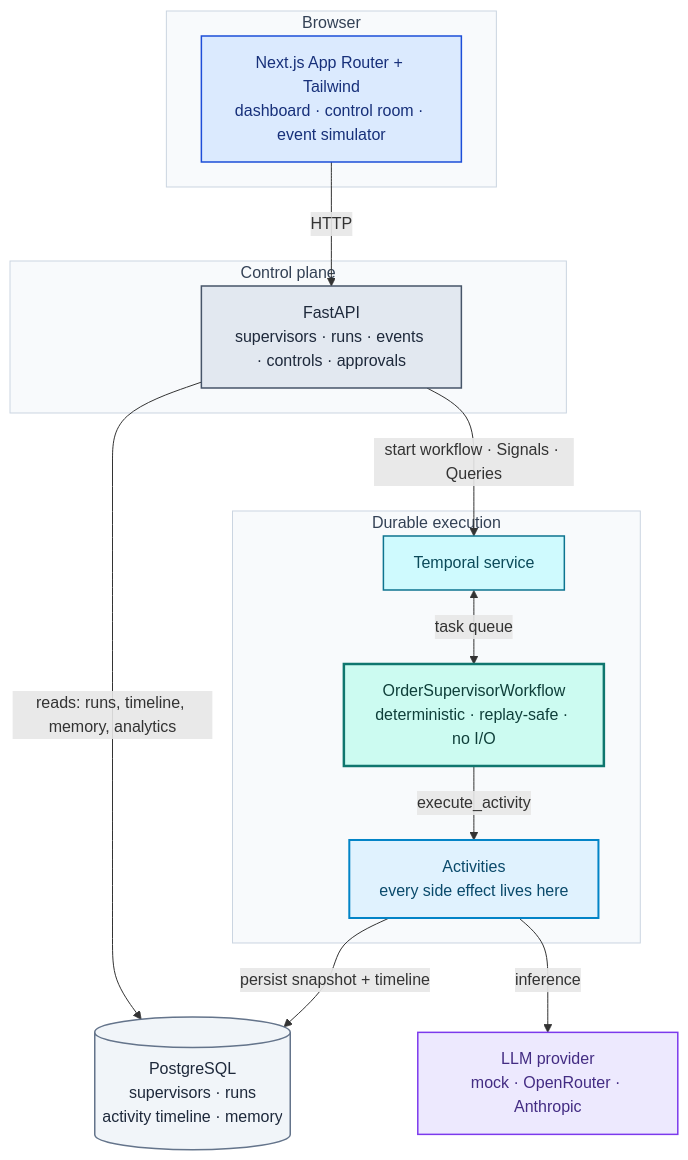
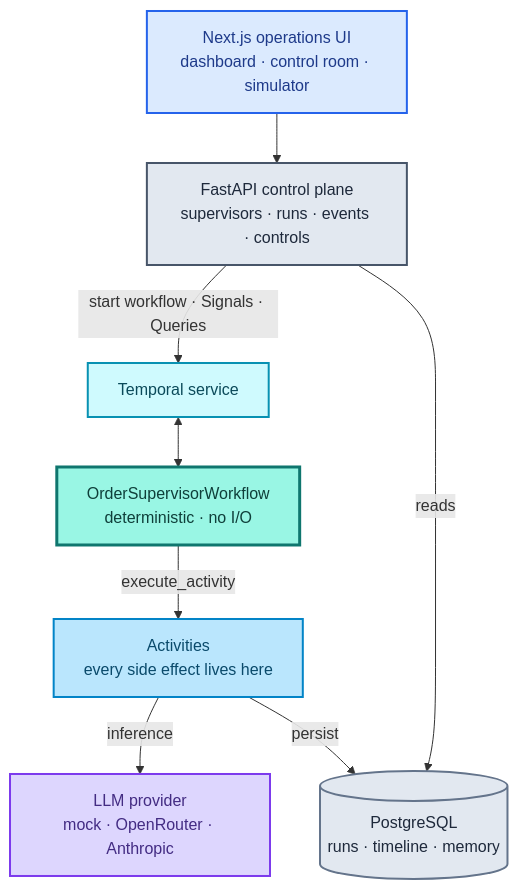
The first of 3 diagrams in README.md (Gupta2708/OrderPilot), drawn with Mermaid before and after one commit. The commit also changed other lines of this file and 5 other files, not shown here.

````diff
--- a/README.md
+++ b/README.md
@@ -80,47 +55,34 @@
 ```mermaid
 flowchart TB
-    subgraph client["Browser"]
-        UI["Next.js App Router + Tailwind<br/>dashboard · control room · event simulator"]
-    end
-
-    subgraph control["Control plane"]
-        API["FastAPI<br/>supervisors · runs · events · controls · approvals"]
-    end
-
-    subgraph durable["Durable execution"]
-        TS["Temporal service"]
-        WF["OrderSupervisorWorkflow<br/>deterministic · replay-safe · no I/O"]
-        ACT["Activities<br/>every side effect lives here"]
-    end
-
-    DB[("PostgreSQL<br/>supervisors · runs<br/>activity timeline · memory")]
+    UI["Next.js operations UI<br/>dashboard · control room · simulator"]
+    API["FastAPI control plane<br/>supervisors · runs · events · controls"]
+    TS["Temporal service"]
+    WF["OrderSupervisorWorkflow<br/>deterministic · no I/O"]
+    ACT["Activities<br/>every side effect lives here"]
+    DB[("PostgreSQL<br/>runs · timeline · memory")]
     LLM["LLM provider<br/>mock · OpenRouter · Anthropic"]
 
-    UI -->|"HTTP"| API
-    API -->|"reads: runs, timeline, memory, analytics"| DB
+    UI --> API
     API -->|"start workflow · Signals · Queries"| TS
-    TS <-->|"task queue"| WF
+    API -->|"reads"| DB
+    TS <--> WF
     WF -->|"execute_activity"| ACT
     ACT -->|"inference"| LLM
-    ACT -->|"persist snapshot + timeline"| DB
+    ACT -->|"persist"| DB
 
-    classDef front fill:#dbeafe,stroke:#1d4ed8,color:#17307a,stroke-width:1.5px
-    classDef api fill:#e2e8f0,stroke:#475569,color:#1e293b,stroke-width:1.5px
-    classDef temporal fill:#cffafe,stroke:#0e7490,color:#0b4a5a,stroke-width:1.5px
-    classDef workflow fill:#ccfbf1,stroke:#0f766e,color:#0f3f3a,stroke-width:2.5px
-    classDef activity fill:#e0f2fe,stroke:#0284c7,color:#0a4a6b,stroke-width:2px
-    classDef store fill:#f1f5f9,stroke:#64748b,color:#1e293b,stroke-width:1.5px
-    classDef model fill:#ede9fe,stroke:#7c3aed,color:#432c83,stroke-width:1.5px
+    classDef ui fill:#dbeafe,stroke:#2563eb,color:#1e3a8a,stroke-width:2px
+    classDef api fill:#e2e8f0,stroke:#475569,color:#1e293b,stroke-width:2px
+    classDef temporal fill:#cffafe,stroke:#0891b2,color:#0b4a5a,stroke-width:2px
+    classDef core fill:#99f6e4,stroke:#0f766e,color:#0f3f3a,stroke-width:3px
+    classDef act fill:#bae6fd,stroke:#0284c7,color:#0a4a6b,stroke-width:2px
+    classDef store fill:#e2e8f0,stroke:#64748b,color:#1e293b,stroke-width:2px
+    classDef model fill:#ddd6fe,stroke:#7c3aed,color:#432c83,stroke-width:2px
 
-    class UI front
+    class UI ui
     class API api
     class TS temporal
-    class WF workflow
-    class ACT activity
+    class WF core
+    class ACT act
     class DB store
     class LLM model
-
-    style client fill:#f8fafc,stroke:#cbd5e1,color:#334155
-    style control fill:#f8fafc,stroke:#cbd5e1,color:#334155
-    style durable fill:#f8fafc,stroke:#cbd5e1,color:#334155
 ```
````
